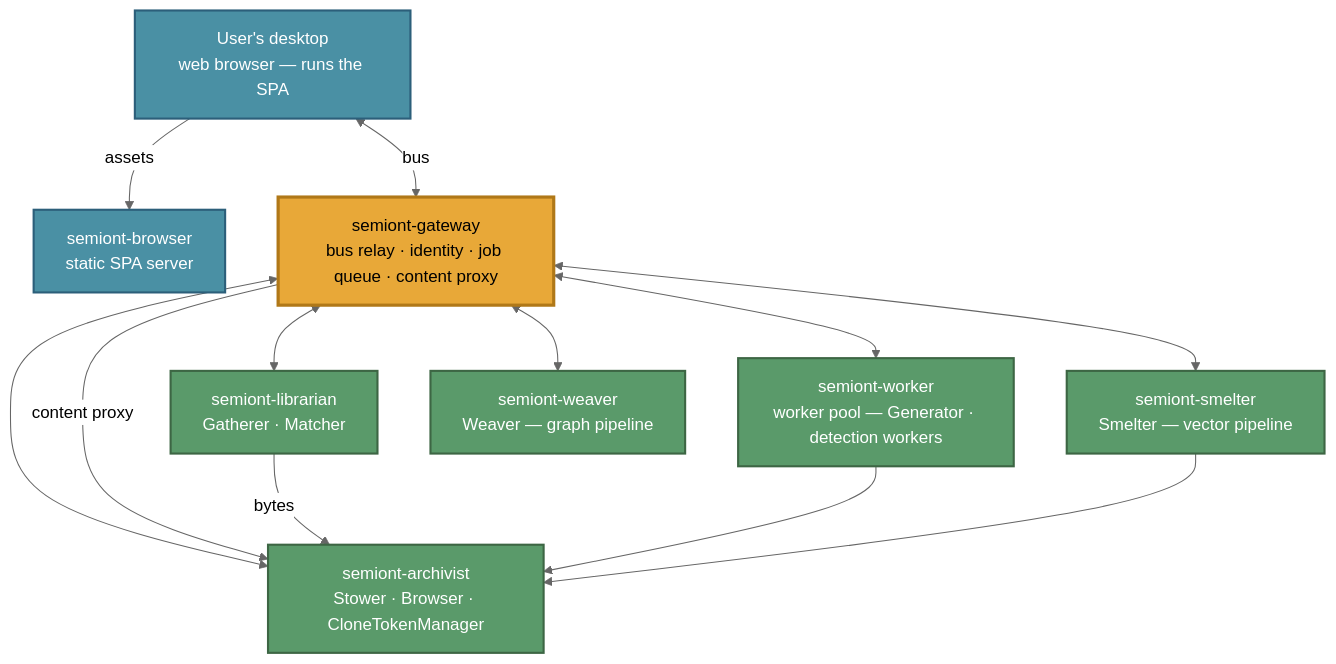
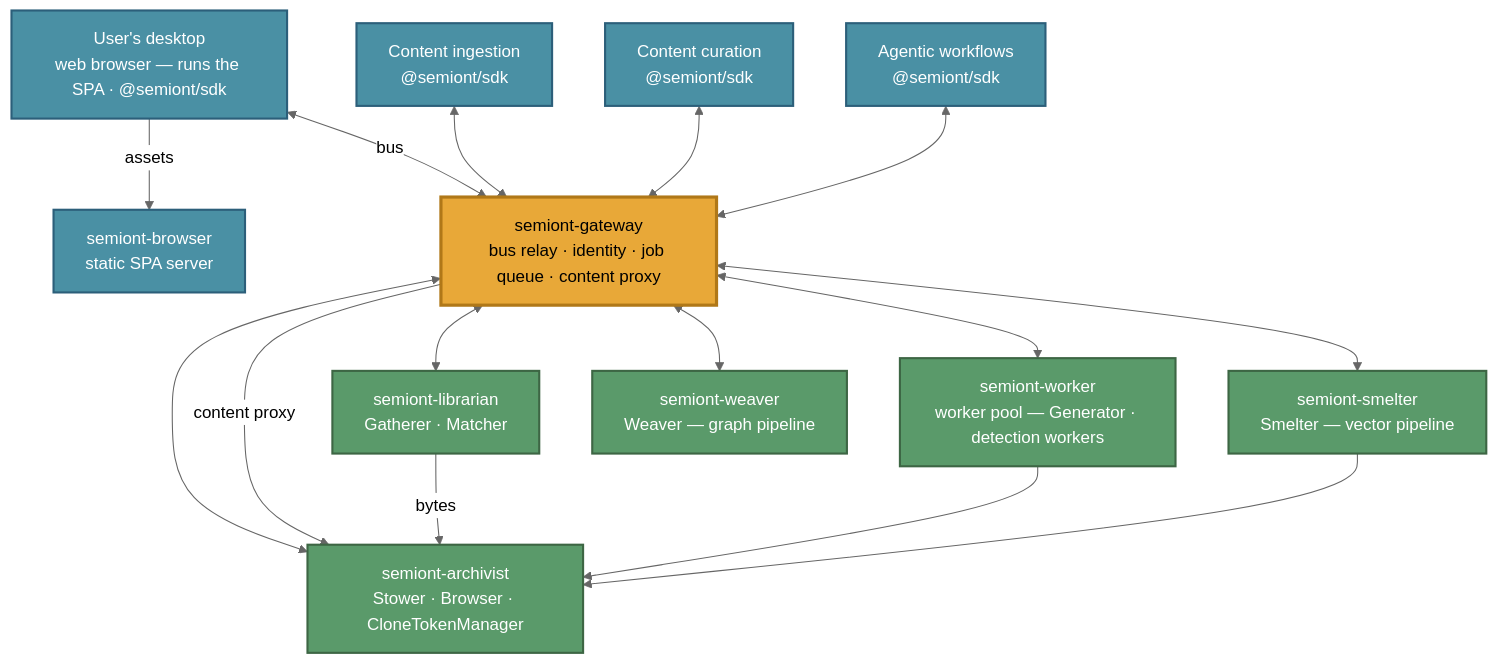
Before and after one commit to The-AI-Alliance/semiont: the first of 2 diagrams in docs/system/CONTAINER-TOPOLOGY.md, drawn with Mermaid (neutral theme). The commit also changed other lines of this file and 9 other files, not shown here.

````diff
--- a/docs/system/CONTAINER-TOPOLOGY.md
+++ b/docs/system/CONTAINER-TOPOLOGY.md
@@ -19,35 +19,41 @@
 ```mermaid
 graph TB
-    USER["User's desktop<br/>web browser — runs the SPA"]
+    USER["User's desktop<br/>web browser — runs the SPA · @semiont/sdk"]
+    INGEST["Content ingestion<br/>@semiont/sdk"]
+    CURATE["Content curation<br/>@semiont/sdk"]
+    AGENT["Agentic workflows<br/>@semiont/sdk"]
 
     BROWSERC["semiont-browser<br/>static SPA server"]
     GW["semiont-gateway<br/>bus relay · identity · job queue · content proxy"]
 
     LIB["semiont-librarian<br/>Gatherer · Matcher"]
     WORKER["semiont-worker<br/>worker pool — Generator · detection workers"]
     SMELT["semiont-smelter<br/>Smelter — vector pipeline"]
     WEAVE["semiont-weaver<br/>Weaver — graph pipeline"]
     ARCH["semiont-archivist<br/>Stower · Browser · CloneTokenManager"]
 
     USER -->|assets| BROWSERC
     USER <-->|bus| GW
+    INGEST <--> GW
+    CURATE <--> GW
+    AGENT <--> GW
 
     GW <--> LIB
     GW <--> WORKER
     GW <--> SMELT
     GW <--> WEAVE
     GW <--> ARCH
 
     GW -->|content proxy| ARCH
     LIB -->|bytes| ARCH
     WORKER --> ARCH
     SMELT --> ARCH
 
-    classDef user fill:#4a90a4,stroke:#2c5f7a,stroke-width:2px,color:#fff
+    classDef client fill:#4a90a4,stroke:#2c5f7a,stroke-width:2px,color:#fff
     classDef svc fill:#5a9a6a,stroke:#3d6644,stroke-width:2px,color:#fff
     classDef hub fill:#e8a838,stroke:#b07818,stroke-width:3px,color:#000
 
-    class USER,BROWSERC user
+    class USER,INGEST,CURATE,AGENT,BROWSERC client
     class LIB,WORKER,SMELT,WEAVE,ARCH svc
     class GW hub
 ```
````
